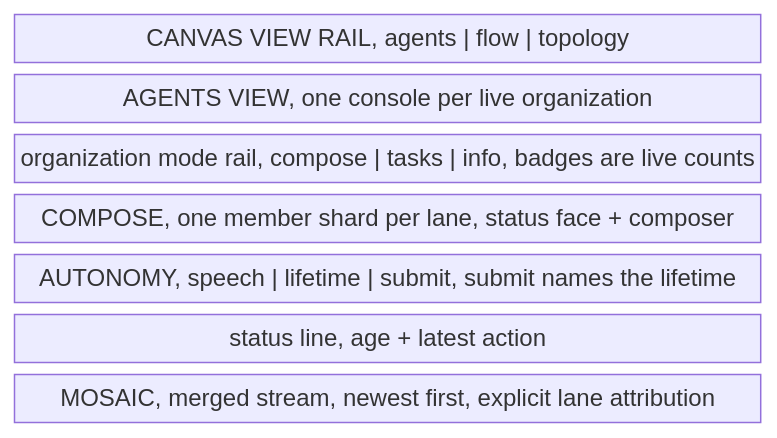
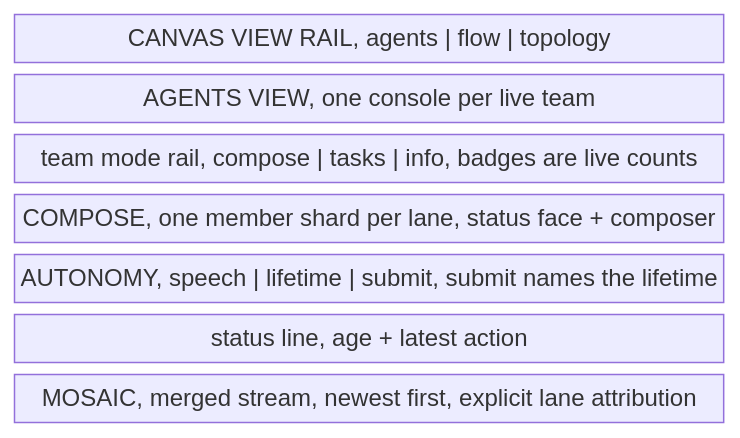
One commit to infimalabs/spice-rust changed diagram 17 of 17 in docs/product/loops.md. Above: the diagram before and after it, drawn with Mermaid. The commit also changed other lines of this file and 235 other files, not shown here.

````diff
--- a/docs/product/loops.md
+++ b/docs/product/loops.md
@@ -589,11 +589,11 @@
 ```mermaid
 block-beta
   columns 1
   G["CANVAS VIEW RAIL, agents | flow | topology"]
-  C["AGENTS VIEW, one console per live organization"]
-  R["organization mode rail, compose | tasks | info, badges are live counts"]
+  C["AGENTS VIEW, one console per live team"]
+  R["team mode rail, compose | tasks | info, badges are live counts"]
   W["COMPOSE, one member shard per lane, status face + composer"]
   A["AUTONOMY, speech | lifetime | submit, submit names the lifetime"]
   S["status line, age + latest action"]
   M["MOSAIC, merged stream, newest first, explicit lane attribution"]
 ```
````
